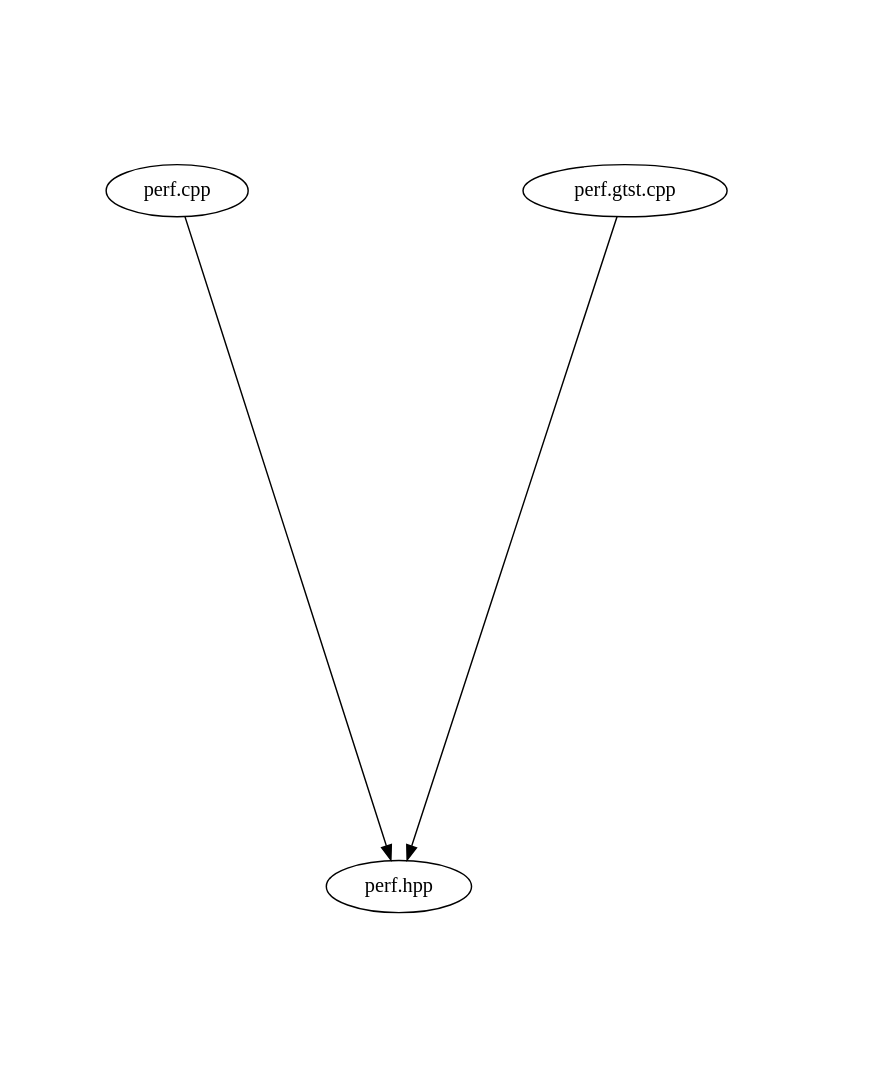
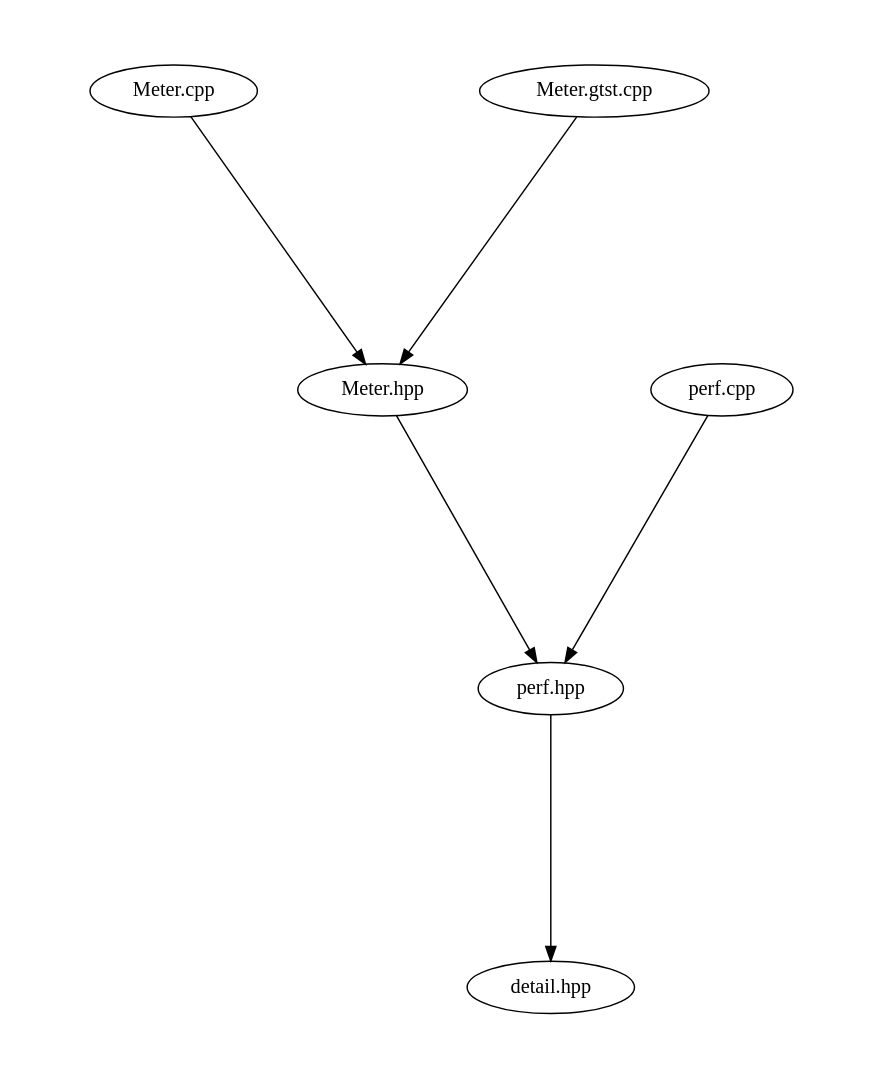
One commit to waggyz/femera-mini-app changed the diagram in src/docs/src.dot. Above: the diagram before and after it, drawn with Graphviz. The commit also changed 10 other files, not shown here.

```diff
--- a/src/docs/src.dot
+++ b/src/docs/src.dot
@@ -1,10 +1,13 @@
 digraph "source tree" {
     overlap=scale;
     size="8,10";
     ratio="fill";
     fontsize="16";
     fontname="Helvetica";
 	clusterrank="local";
+	"Meter.cpp" -> "Meter.hpp"
+	"Meter.hpp" -> "perf.hpp"
 	"perf.cpp" -> "perf.hpp"
-	"perf.gtst.cpp" -> "perf.hpp"
+	"Meter.gtst.cpp" -> "Meter.hpp"
+	"perf.hpp" -> "detail.hpp"
 }
```
